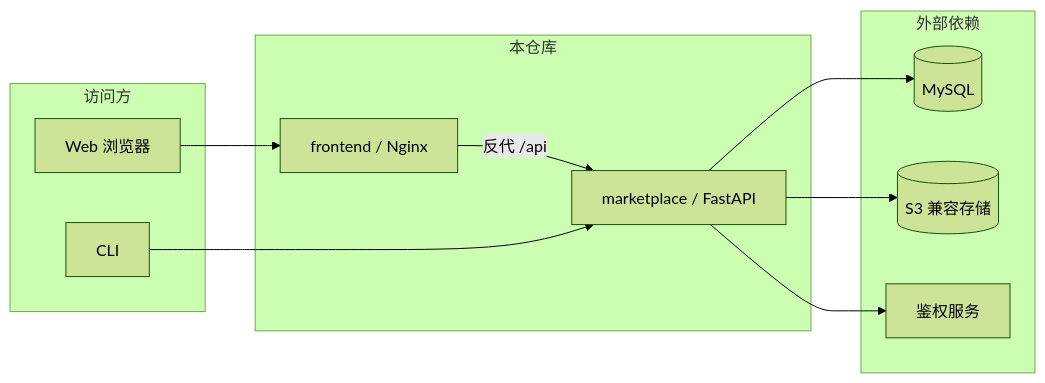
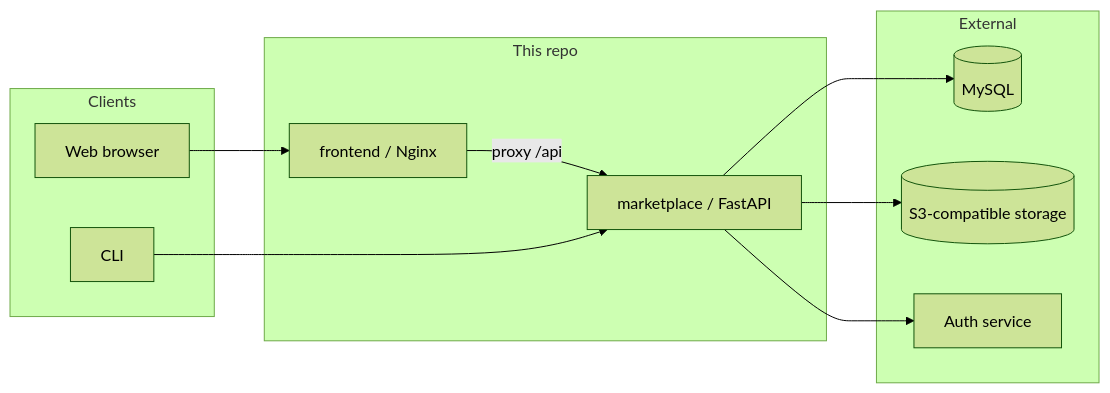
One commit to huihui200739/skillhub changed the diagram in README.md. Above: the diagram before and after it, drawn with Mermaid (forest theme). The commit also changed other lines of this file and 2 other files, not shown here.

````diff
--- a/README.md
+++ b/README.md
@@ -36,22 +34,22 @@
 ```mermaid
 flowchart LR
-  subgraph clients [访问方]
-    Browser[Web 浏览器]
+  subgraph clients [Clients]
+    Browser[Web browser]
     CLI[CLI]
   end
-  subgraph skillhub [本仓库]
+  subgraph skillhub [This repo]
     FE[frontend / Nginx]
     API[marketplace / FastAPI]
   end
-  subgraph deps [外部依赖]
+  subgraph deps [External]
     DB[(MySQL)]
-    OBJ[(S3 兼容存储)]
-    AUTH[鉴权服务]
+    OBJ[(S3-compatible storage)]
+    AUTH[Auth service]
   end
   Browser --> FE
-  FE -->|反代 /api| API
+  FE -->|proxy /api| API
   CLI --> API
   API --> DB
   API --> OBJ
   API --> AUTH
 ```
````
